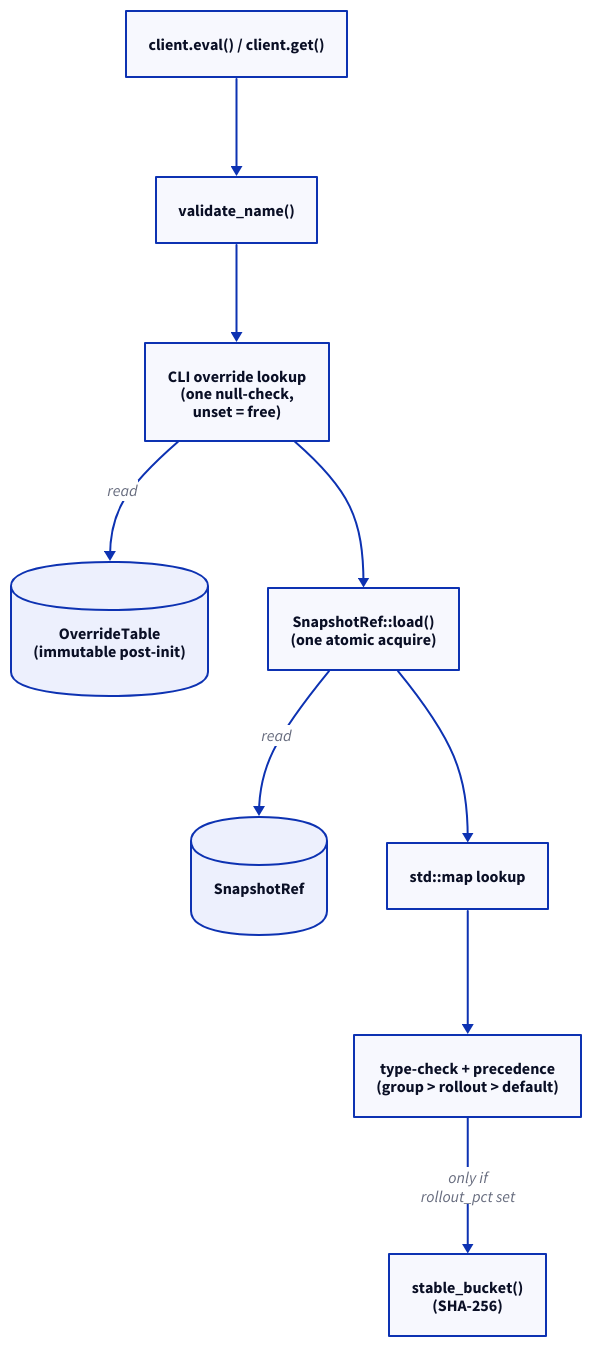
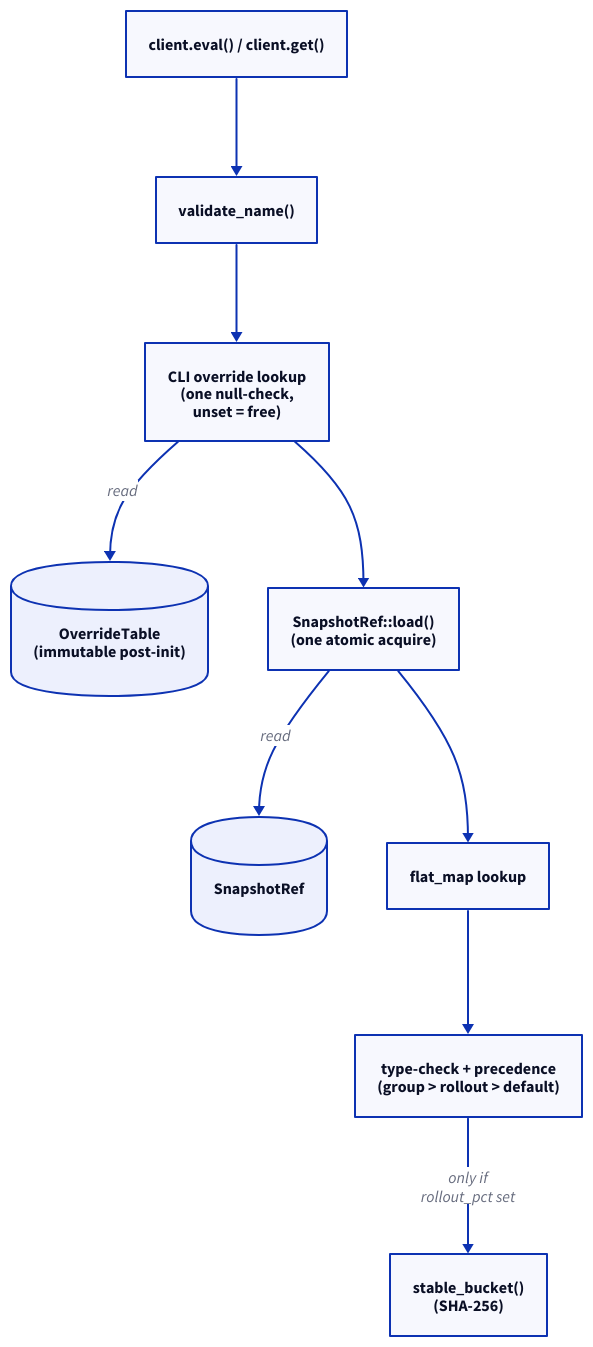
One commit to Kronuz/Detent changed the diagram in diagrams/04_read_path.d2. Above: the diagram before and after it, drawn with D2. The commit also changed 12 other files, not shown here.

First line of the commit message:
Select flat_map for the model tables and record the comparison

```diff
--- a/diagrams/04_read_path.d2
+++ b/diagrams/04_read_path.d2
@@ -1,44 +1,44 @@
 # Section 6: the read path. One flow, top to bottom -- no branching
 # except the two entry points (eval/get) which converge immediately.
 direction: down
 
 app: "client.eval() / client.get()" {
   shape: rectangle
 }
 
 validate: validate_name() {
   shape: rectangle
 }
 
 override: CLI override lookup\n(one null-check,\nunset = free) {
   shape: rectangle
 }
 
 overrides_store: OverrideTable\n(immutable post-init) {
   shape: cylinder
 }
 
 load: SnapshotRef::load()\n(one atomic acquire) {
   shape: rectangle
 }
 
 snap_store: SnapshotRef {
   shape: cylinder
 }
 
-lookup: std::map lookup {
+lookup: flat_map lookup {
   shape: rectangle
 }
 
 precedence: type-check + precedence\n(group > rollout > default) {
   shape: rectangle
 }
 
 hashing: stable_bucket()\n(SHA-256) {
   shape: rectangle
 }
 
 app -> validate -> override -> load -> lookup -> precedence
 override -> overrides_store: "read"
 load -> snap_store: "read"
 precedence -> hashing: "only if\nrollout_pct set"
```
